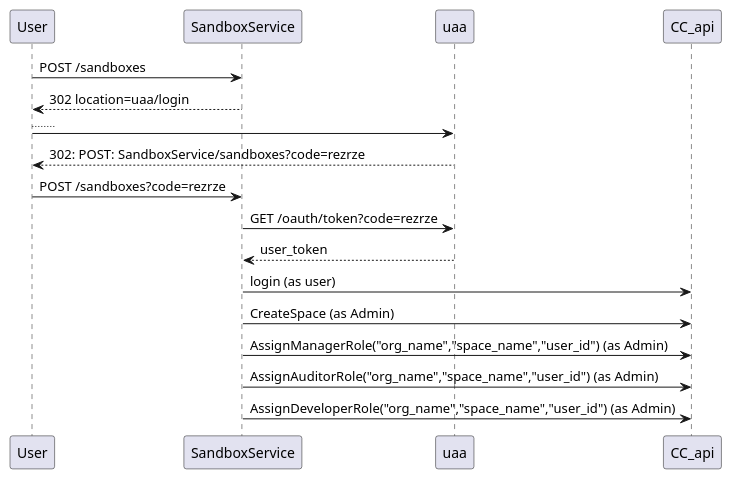
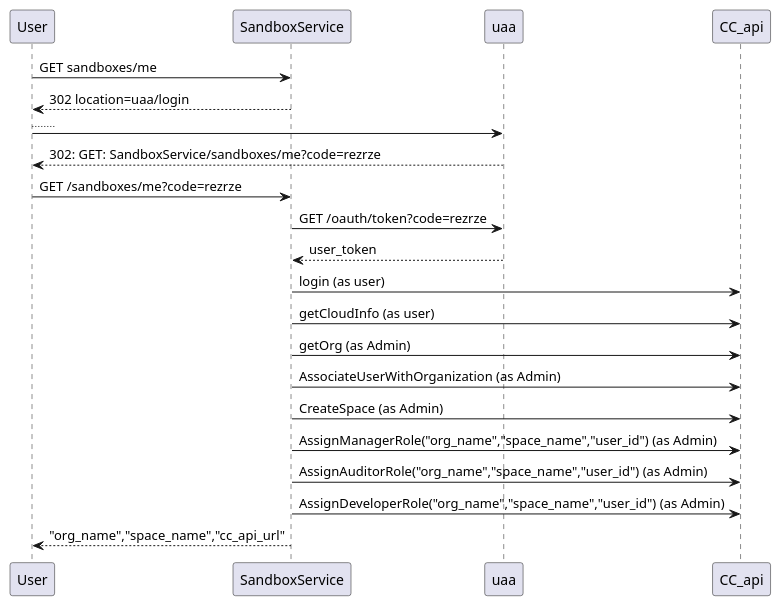
One commit to Orange-OpenSource/elpaaso-sandbox-service changed the diagram in README.md. Above: the diagram before and after it, drawn with PlantUML. The commit also changed other lines of this file and 6 other files, not shown here.

First line of the commit message:
associate user with an organization prior to create space

```diff
--- a/README.md
+++ b/README.md
@@ -31,14 +39,18 @@
 @startuml
-User -> SandboxService: POST /sandboxes
+User -> SandboxService: GET sandboxes/me
 User <-- SandboxService: 302 location=uaa/login
 User -> uaa: ....
-User <-- uaa: 302: POST: SandboxService/sandboxes?code=rezrze
-User -> SandboxService : POST /sandboxes?code=rezrze
+User <-- uaa: 302: GET: SandboxService/sandboxes/me?code=rezrze
+User -> SandboxService : GET /sandboxes/me?code=rezrze
 SandboxService -> uaa : GET /oauth/token?code=rezrze
 SandboxService <-- uaa : user_token
 SandboxService -> CC_api: login (as user)
+SandboxService -> CC_api: getCloudInfo (as user)
+SandboxService -> CC_api: getOrg (as Admin)
+SandboxService -> CC_api: AssociateUserWithOrganization (as Admin)
 SandboxService -> CC_api: CreateSpace (as Admin)
 SandboxService -> CC_api: AssignManagerRole("org_name","space_name","user_id") (as Admin)
 SandboxService -> CC_api: AssignAuditorRole("org_name","space_name","user_id") (as Admin)
 SandboxService -> CC_api: AssignDeveloperRole("org_name","space_name","user_id") (as Admin)
+User <-- SandboxService: "org_name","space_name","cc_api_url"
 @enduml
```
